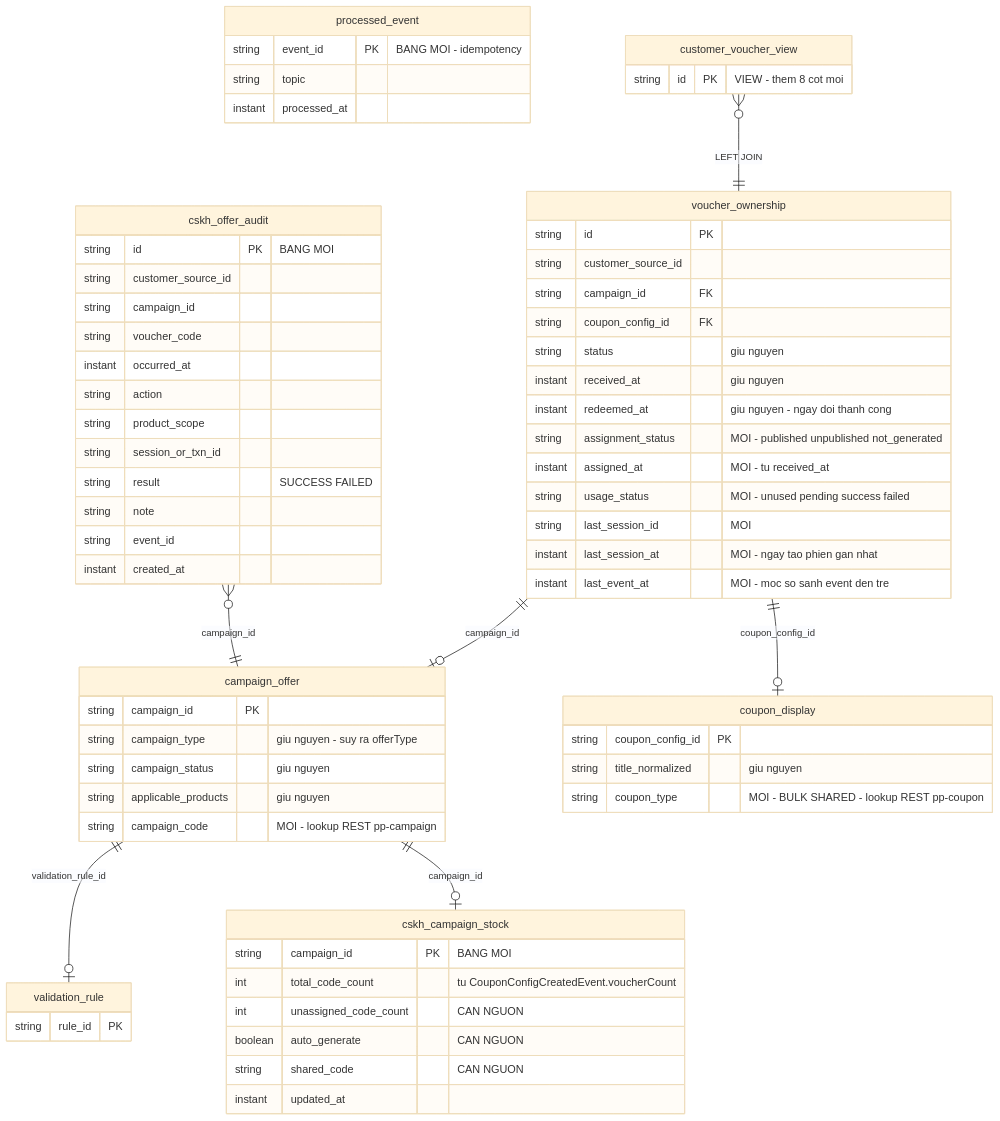
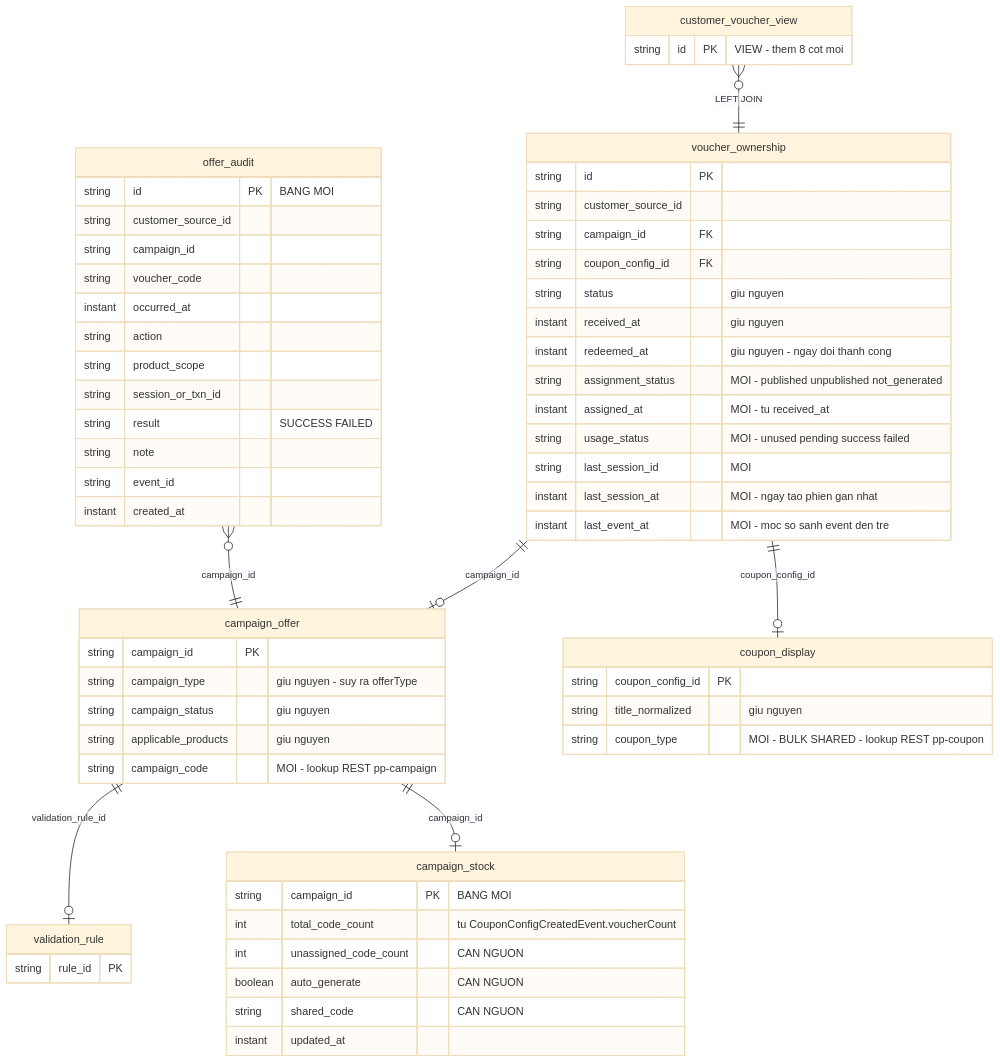
One commit to devtam-02/note-sharing changed the second of 3 diagrams in cskh/read-model.md. Above: the diagram before and after it, drawn with Mermaid (base theme). The commit also changed other lines of this file, not shown here.

````diff
--- a/cskh/read-model.md
+++ b/cskh/read-model.md
@@ -148,70 +171,65 @@
 ```mermaid
 erDiagram
     voucher_ownership {
         string id PK
         string customer_source_id
         string campaign_id FK
         string coupon_config_id FK
         string status "giu nguyen"
         instant received_at "giu nguyen"
         instant redeemed_at "giu nguyen - ngay doi thanh cong"
         string assignment_status "MOI - published unpublished not_generated"
         instant assigned_at "MOI - tu received_at"
         string usage_status "MOI - unused pending success failed"
         string last_session_id "MOI"
         instant last_session_at "MOI - ngay tao phien gan nhat"
         instant last_event_at "MOI - moc so sanh event den tre"
     }
     campaign_offer {
         string campaign_id PK
         string campaign_type "giu nguyen - suy ra offerType"
         string campaign_status "giu nguyen"
         string applicable_products "giu nguyen"
         string campaign_code "MOI - lookup REST pp-campaign"
     }
     coupon_display {
         string coupon_config_id PK
         string title_normalized "giu nguyen"
         string coupon_type "MOI - BULK SHARED - lookup REST pp-coupon"
     }
     validation_rule {
         string rule_id PK
     }
-    cskh_campaign_stock {
+    campaign_stock {
         string campaign_id PK "BANG MOI"
         int total_code_count "tu CouponConfigCreatedEvent.voucherCount"
         int unassigned_code_count "CAN NGUON"
         boolean auto_generate "CAN NGUON"
         string shared_code "CAN NGUON"
         instant updated_at
     }
-    cskh_offer_audit {
+    offer_audit {
         string id PK "BANG MOI"
         string customer_source_id
         string campaign_id
         string voucher_code
         instant occurred_at
         string action
         string product_scope
         string session_or_txn_id
         string result "SUCCESS FAILED"
         string note
         string event_id
         instant created_at
     }
-    processed_event {
-        string event_id PK "BANG MOI - idempotency"
-        string topic
-        instant processed_at
-    }
     customer_voucher_view {
         string id PK "VIEW - them 8 cot moi"
     }
 
     voucher_ownership ||--o| campaign_offer : "campaign_id"
     voucher_ownership ||--o| coupon_display : "coupon_config_id"
     campaign_offer    ||--o| validation_rule : "validation_rule_id"
-    campaign_offer    ||--o| cskh_campaign_stock : "campaign_id"
-    cskh_offer_audit  }o--|| campaign_offer : "campaign_id"
+    campaign_offer    ||--o| campaign_stock : "campaign_id"
+    offer_audit  }o--|| campaign_offer : "campaign_id"
     customer_voucher_view }o--|| voucher_ownership : "LEFT JOIN"
 ```
````
